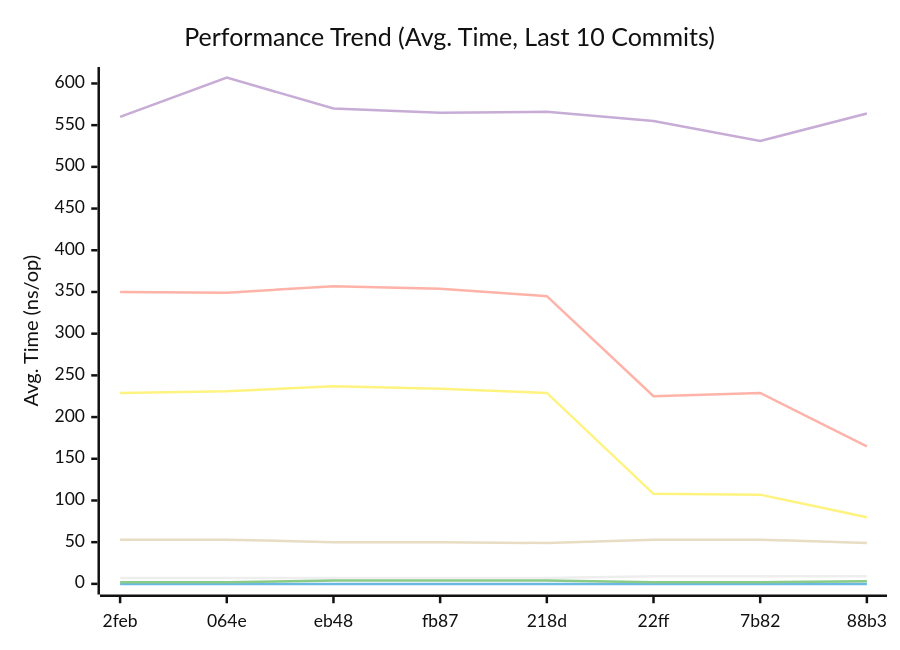
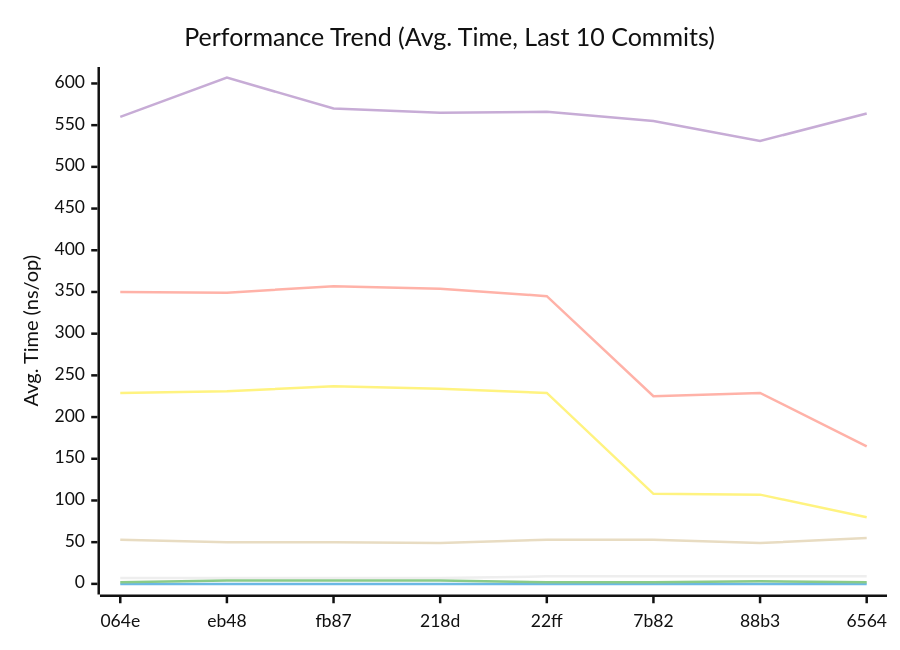
Before and after one commit to alsotoes/momo: the first of 3 diagrams in doc/README.md, drawn with Mermaid (neutral theme). The commit also changed other lines of this file and 1 other file, not shown here.

````diff
--- a/doc/README.md
+++ b/doc/README.md
@@ -296,14 +296,14 @@
 ```mermaid
 xychart-beta
     title "Performance Trend (Avg. Time, Last 10 Commits)"
     x-axis "Commit"
     y-axis "Avg. Time (ns/op)"
-    x-axis [2feb,064e,eb48,fb87,218d,22ff,7b82,88b3]
-    line "CheckMetricsAndSwap" [7,7,7,7,7,9,9,9,9,9]
+    x-axis [064e,eb48,fb87,218d,22ff,7b82,88b3,6564]
+    line "CheckMetricsAndSwap" [7,7,7,7,9,9,9,9,9,9]
     line "IndexDirectTracking" [0,0,0,0,0,0,0,0,0,0]
-    line "IndexSearch" [2,2,4,4,4,2,2,3,2,3]
-    line "LoadGlobalConfig" [560,607,570,565,566,555,531,564,530]
-    line "PadString" [53,53,50,50,49,53,53,49,55,50]
+    line "IndexSearch" [2,4,4,4,2,2,3,2,3,2]
+    line "LoadGlobalConfig" [560,607,570,565,566,555,531,564,530,552]
+    line "PadString" [53,50,50,49,53,53,49,55,50,52]
     line "ParseReplicationOrder_NoPrealloc" [350,349,357,354,345,225,229,165,232,234]
     line "ParseReplicationOrder_Prealloc" [229,231,237,234,229,108,107,80,110,109]
 ```
````
